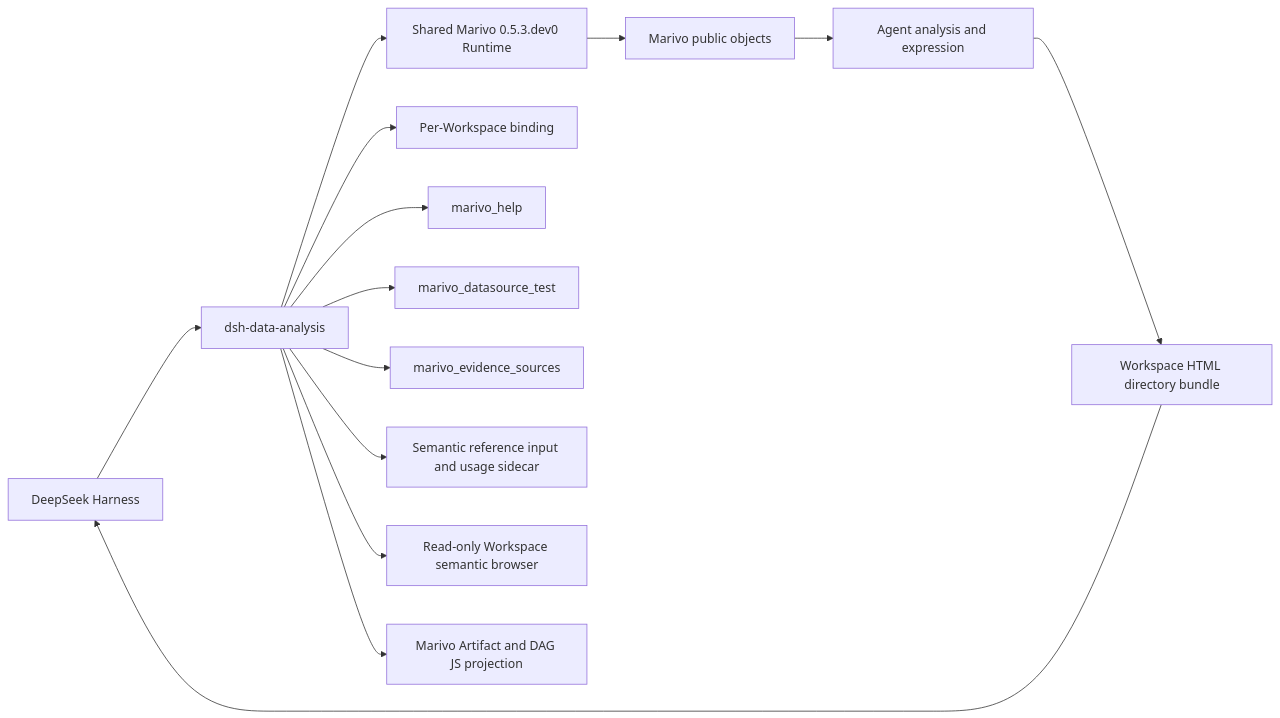
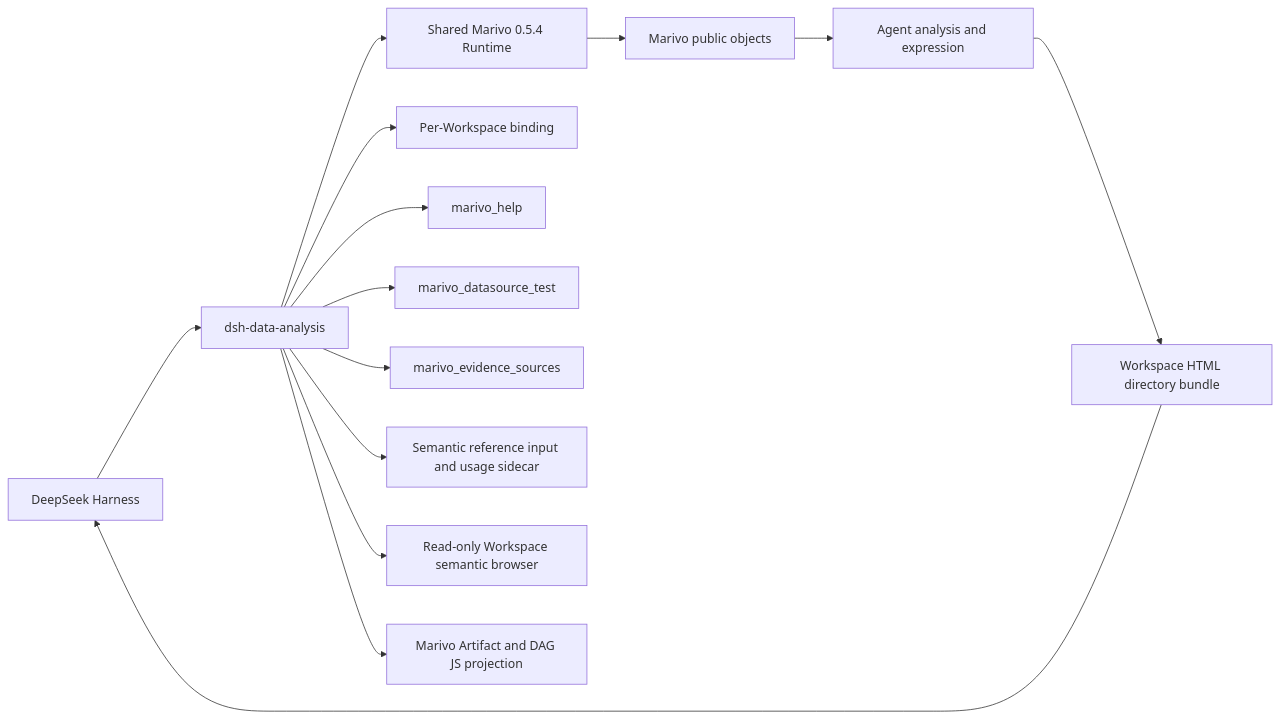
Before and after one commit to chengxianglibra/dsh-data-analysis: the diagram in docs/architecture.md, drawn with Mermaid. The commit also changed other lines of this file and 23 other files, not shown here.

First line of the commit message:
fix: bind plugin runtime to Marivo 0.5.4

````diff
--- a/docs/architecture.md
+++ b/docs/architecture.md
@@ -9,16 +9,16 @@
 ```mermaid
 flowchart LR
   D[DeepSeek Harness] --> P[dsh-data-analysis]
-  P --> R[Shared Marivo 0.5.3.dev0 Runtime]
+  P --> R[Shared Marivo 0.5.4 Runtime]
   P --> W[Per-Workspace binding]
   P --> H[marivo_help]
   P --> T[marivo_datasource_test]
   P --> E[marivo_evidence_sources]
   P --> S[Semantic reference input and usage sidecar]
   P --> B[Read-only Workspace semantic browser]
   P --> J[Marivo Artifact and DAG JS projection]
   R --> M[Marivo public objects]
   M --> A[Agent analysis and expression]
   A --> F[Workspace HTML directory bundle]
   F --> D
 ```
````
